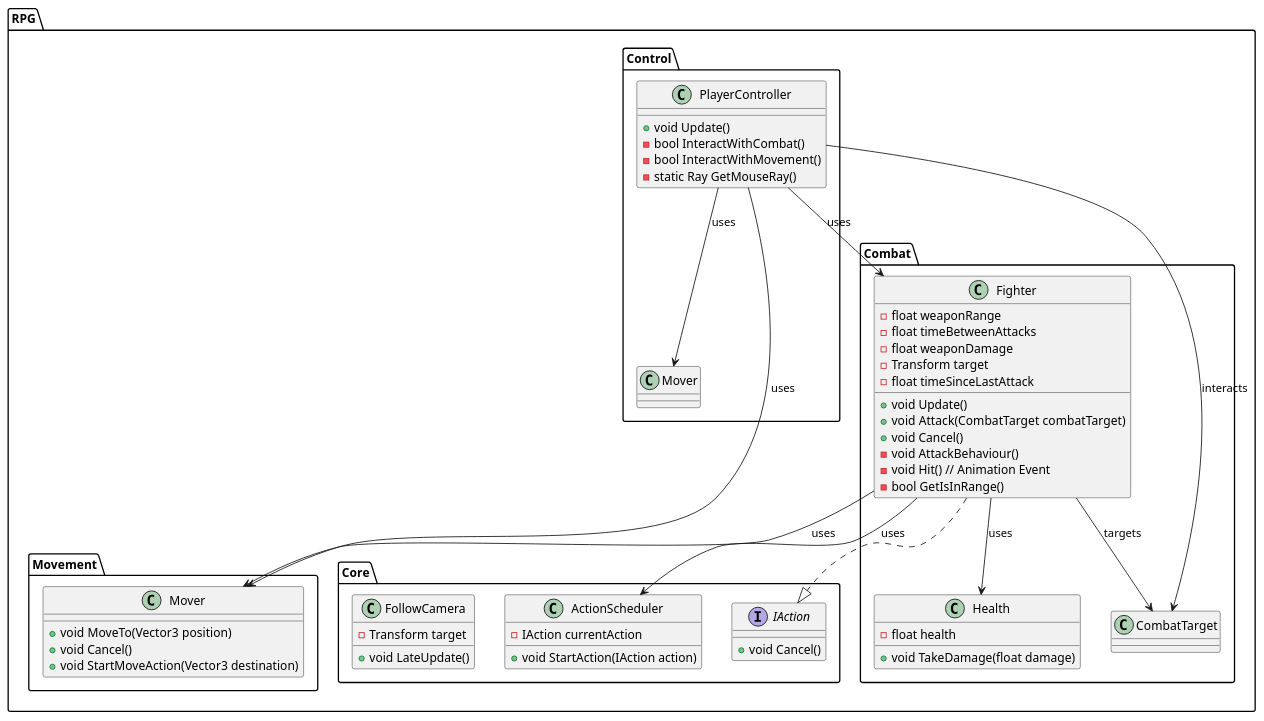
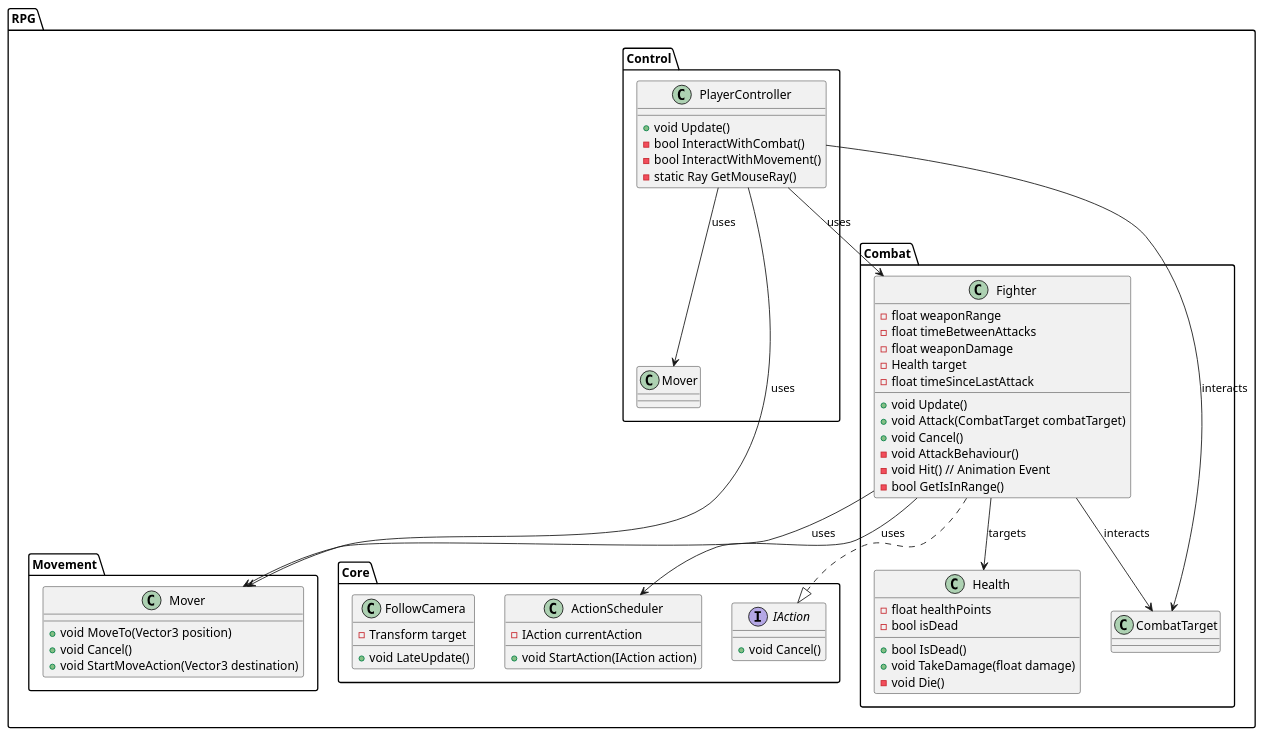
Before and after one commit to Velcronator/RPG25: the diagram in Assets/Scripts/rpg.puml, drawn with PlantUML. The commit also changed 3 other files, not shown here.

```diff
--- a/Assets/Scripts/rpg.puml
+++ b/Assets/Scripts/rpg.puml
@@ -1,63 +1,69 @@
-  @startuml
-  namespace RPG.Combat {
-      class Fighter {
-          -float weaponRange
-          -float timeBetweenAttacks
-          -float weaponDamage
-          -Transform target
-          -float timeSinceLastAttack
-          +void Update()
-          +void Attack(CombatTarget combatTarget)
-          +void Cancel()
-          -void AttackBehaviour()
-          -void Hit() // Animation Event
-          -bool GetIsInRange()
-      }
-      class Health {
-          -float health
-          +void TakeDamage(float damage)
-      }
-      class CombatTarget {
-      }
-      Fighter --> Health : uses
-      Fighter --> CombatTarget : targets
-  }
+@startuml RPG
+namespace RPG.Combat {
+    class Fighter {
+        -float weaponRange
+        -float timeBetweenAttacks
+        -float weaponDamage
+        -Health target
+        -float timeSinceLastAttack
+        +void Update()
+        +void Attack(CombatTarget combatTarget)
+        +void Cancel()
+        -void AttackBehaviour()
+        -void Hit() // Animation Event
+        -bool GetIsInRange()
+    }
+
+    class Health {
+        -float healthPoints
+        -bool isDead
+        +bool IsDead()
+        +void TakeDamage(float damage)
+        -void Die()
+    }
+
+    class CombatTarget {
+    }
+
+    Fighter --> Health : targets
+    Fighter --> CombatTarget : interacts
+}
 
   namespace RPG.Control {
       class PlayerController {
           +void Update()
           -bool InteractWithCombat()
           -bool InteractWithMovement()
           -static Ray GetMouseRay()
       }
       PlayerController --> Fighter : uses
       PlayerController --> Mover : uses
       PlayerController --> CombatTarget : interacts
   }
 
   namespace RPG.Core {
       interface IAction {
           +void Cancel()
       }
       class ActionScheduler {
           -IAction currentAction
           +void StartAction(IAction action)
       }
       class FollowCamera {
           -Transform target
           +void LateUpdate()
       }
       Fighter ..|> IAction
       Fighter --> ActionScheduler : uses
   }
 
   namespace RPG.Movement {
       class Mover {
           +void MoveTo(Vector3 position)
           +void Cancel()
           +void StartMoveAction(Vector3 destination)
       }
       Fighter --> Mover : uses
       PlayerController --> Mover : uses
   }
   @enduml
```
